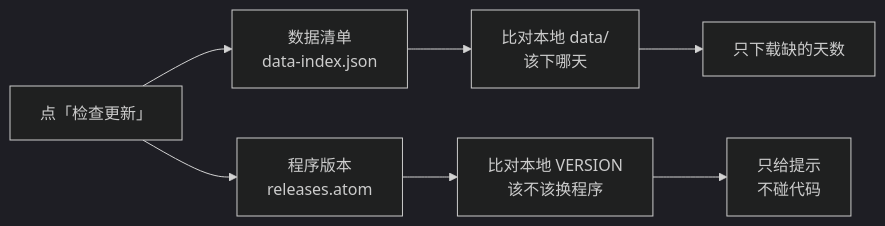
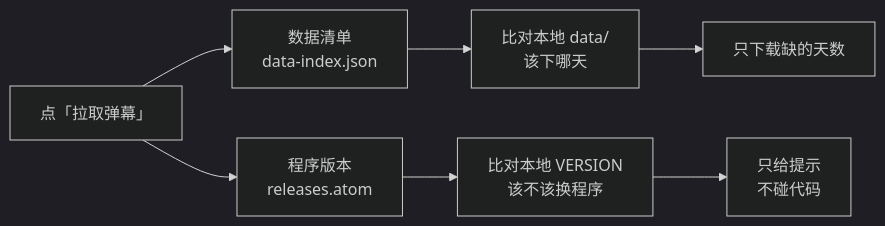
The third of 3 diagrams in DISTRIBUTION.md (root9701/danmaku-timewarp), drawn with Mermaid (dark theme) before and after one commit. The commit also changed other lines of this file and 10 other files, not shown here.

First line of the commit message:
refactor(界面): 「检查更新」更名为「拉取弹幕」

````diff
--- a/DISTRIBUTION.md
+++ b/DISTRIBUTION.md
@@ -234,9 +234,9 @@
 ```mermaid
 flowchart LR
-    A["点「检查更新」"] --> B["数据清单<br/>data-index.json"]
+    A["点「拉取弹幕」"] --> B["数据清单<br/>data-index.json"]
     A --> C["程序版本<br/>releases.atom"]
     B --> D["比对本地 data/<br/>该下哪天"]
     C --> E["比对本地 VERSION<br/>该不该换程序"]
     D --> F["只下载缺的天数"]
     E --> G["只给提示<br/>不碰代码"]
 ```
````
